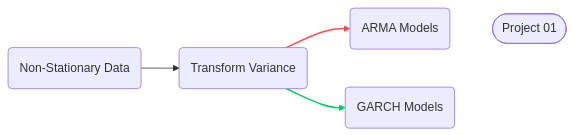
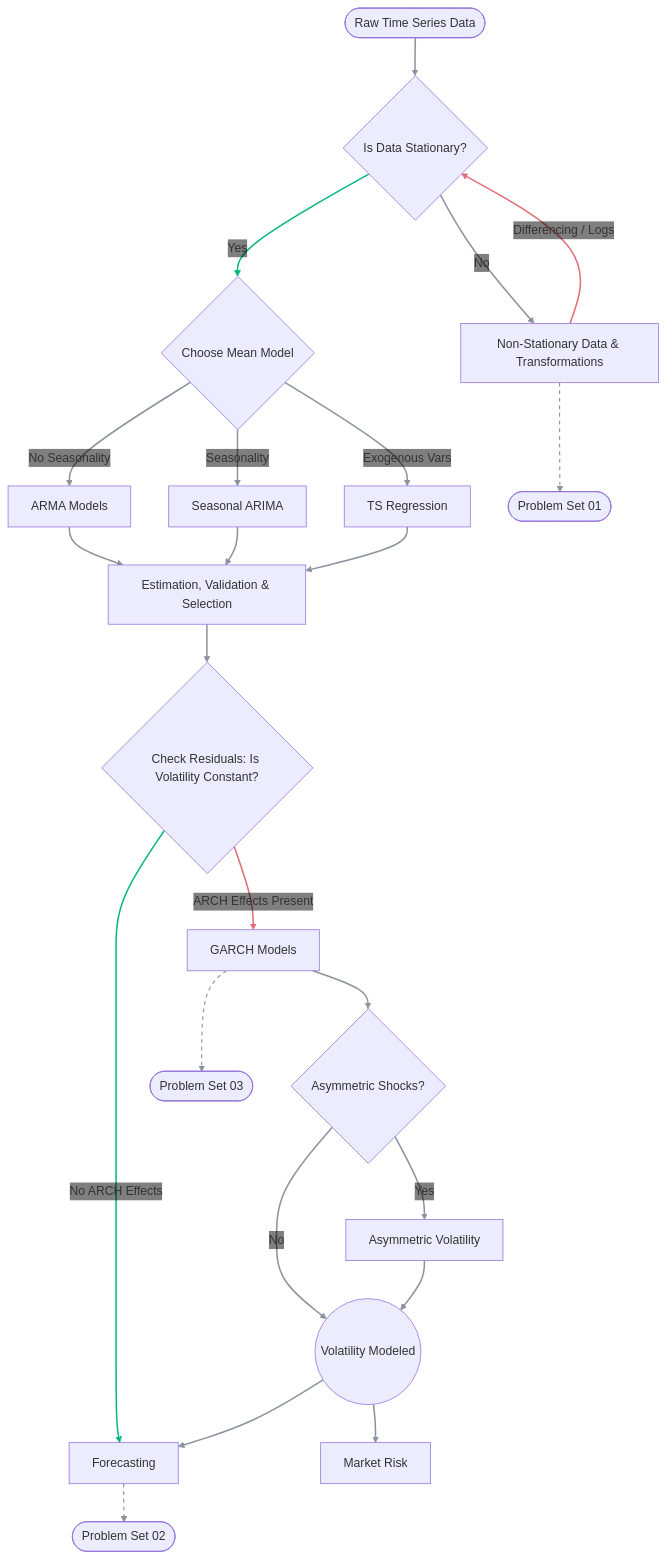
Before and after one commit to mtfehl/finc_metrics: the diagram in index.qmd, drawn with Mermaid. The commit also changed other lines of this file and 459 other files, not shown here.

Commit message:
updated and finalized all notes, fixed up index.qmd, cleaned up problem sets, ready for website publish

````diff
--- a/index.qmd
+++ b/index.qmd
@@ -47,24 +72,72 @@
 ```{mermaid}
+%%{init: {'themeVariables': {'edgeLabelBackground':'#00000000'}}}%%
 %%| fig-width: 10
-flowchart LR
-    A(Non-Stationary Data) --> B(Transform Variance)
-    B --> C(ARMA Models)
-    B --> D(GARCH Models)
-    P([Project 01])
+flowchart TD
+    %% -- DATA & STATIONARITY STAGE --
+    Start([Raw Time Series Data]) --> CheckStat{Is Data Stationary?}
+    
+    CheckStat -->|No| N01[Non-Stationary Data & Transformations]
+    N01 -->|Differencing / Logs| CheckStat
+    
+    %% -- MEAN MODELING STAGE --
+    CheckStat -->|Yes| MeanModel{Choose Mean Model}
+    MeanModel -->|Seasonality| N03[Seasonal ARIMA]
+    MeanModel -->|No Seasonality| N02[ARMA Models]
+    MeanModel -->|Exogenous Vars| N08[TS Regression]
 
-    %% Invisible link to nudge P near C/D without drawing a line
-    C ~~~ P
+    N02 --> N04[Estimation, Validation & Selection]
+    N03 --> N04
+    N08 --> N04
 
-    click C "notes/02/models.html" "Go to ARMA Notes"
-    click D "problem_sets/HW_1_Transformations/01ps_final.html" "Go to GARCH Notes"
-    click A "notes/01/intro.html"
-    click P "projects/Project01/project01.html" "Go to Project 01"
+    %% -- VARIANCE / VOLATILITY STAGE --
+    N04 --> VolCheck{Check Residuals: Is Volatility Constant?}
+    
+    VolCheck -->|No ARCH Effects| N05[Forecasting]
+    
+    VolCheck -->|ARCH Effects Present| N06[GARCH Models]
+    N06 --> AsymCheck{Asymmetric Shocks?}
+    AsymCheck -->|Yes| N07[Asymmetric Volatility]
+    AsymCheck -->|No| VolDone((Volatility Modeled))
+    N07 --> VolDone
+    
+    %% -- APPLICATION STAGE --
+    VolDone --> N09[Market Risk]
+    VolDone --> N05
 
-    %% Classes
-    class A,B,C,D nav-node
-    class P project-node
+    %% -- PROBLEM SETS (Mapped via dotted lines) --
+    N01 -.-> PS01([Problem Set 01])
+    N05 -.-> PS02([Problem Set 02])
+    N06 -.-> PS03([Problem Set 03])
+
+    %% -- CLASSES / STYLING --
+    class N01,N02,N03,N04,N05,N06,N07,N08,N09 nav-node
+    class PS01,PS02,PS03 project-node
+
+    %% -- CLICKABLE LINKS --
+    click N01 "notes/01/intro.html" "Go to Non-Stationary Data Transformation Notes"
+    click N02 "notes/02/models.html" "Go to ARMA(p,q) Notes"
+    click N03 "notes/03/arima.html" "Go to Seasonal ARIMA Model Notes"
+    click N04 "notes/04/estimation.html" "Go to Model Estimation, Selection, and Validation Notes"
+    click N05 "notes/05/forecasting.html" "Go to Forecasting Notes"
+    click N06 "notes/06/garch.html" "Go to GARCH(p,q) Notes"
+    click N07 "notes/07/asymmetric_vol.html" "Go to Asymmetric Volatility Notes"
+    click N08 "notes/08/ts_regression.html" "Go to Time Series Regression Notes"
+    click N09 "notes/09/market_risk.html" "Go to Market Risk Notes"
+    click PS01 "problem_sets/HW_1_Transformations/01ps_final.html" "Go to Problem Set 01"
+    click PS02 "problem_sets/HW_2_Forecasting/hw02.html" "Go to Problem Set 02"
+    click PS03 "problem_sets/HW_3_ARCH_GARCH/ARCH_GARCH.html" "Go to Problem Set 03"
 
     %% STYLE THE LINES
-    linkStyle 1 stroke:#ff4d4d,stroke-width:2px;
-    linkStyle 2 stroke:#00cc66,stroke-width:2px;
+
+    %% 1. Neutral / Main Pathway Lines
+    linkStyle 0,1,4,5,6,7,8,9,10,13,14,15,16,17,18 stroke:#8b949e,stroke-width:2px;
+
+    %% 2. "Yes" / Success / Forward Logic
+    linkStyle 3,11 stroke:#05b682,stroke-width:2px;
+
+    %% 3. "No" / Loopback / Warning Logic
+    linkStyle 2,12 stroke:#e06c75,stroke-width:2px;
+
+    %% 4. Problem Set Dotted Links
+    linkStyle 19,20,21 stroke:#8b949e,stroke-width:1.5px,stroke-dasharray:5;
 ```
````
